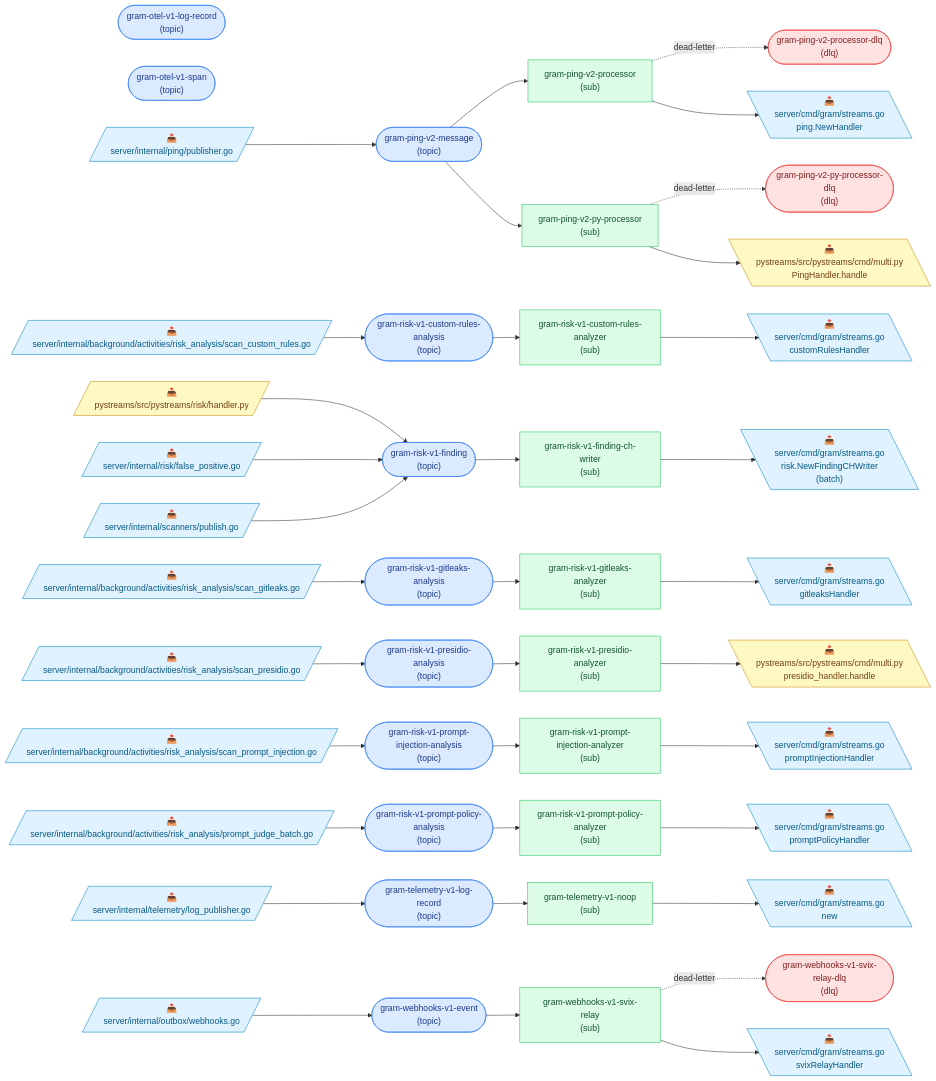
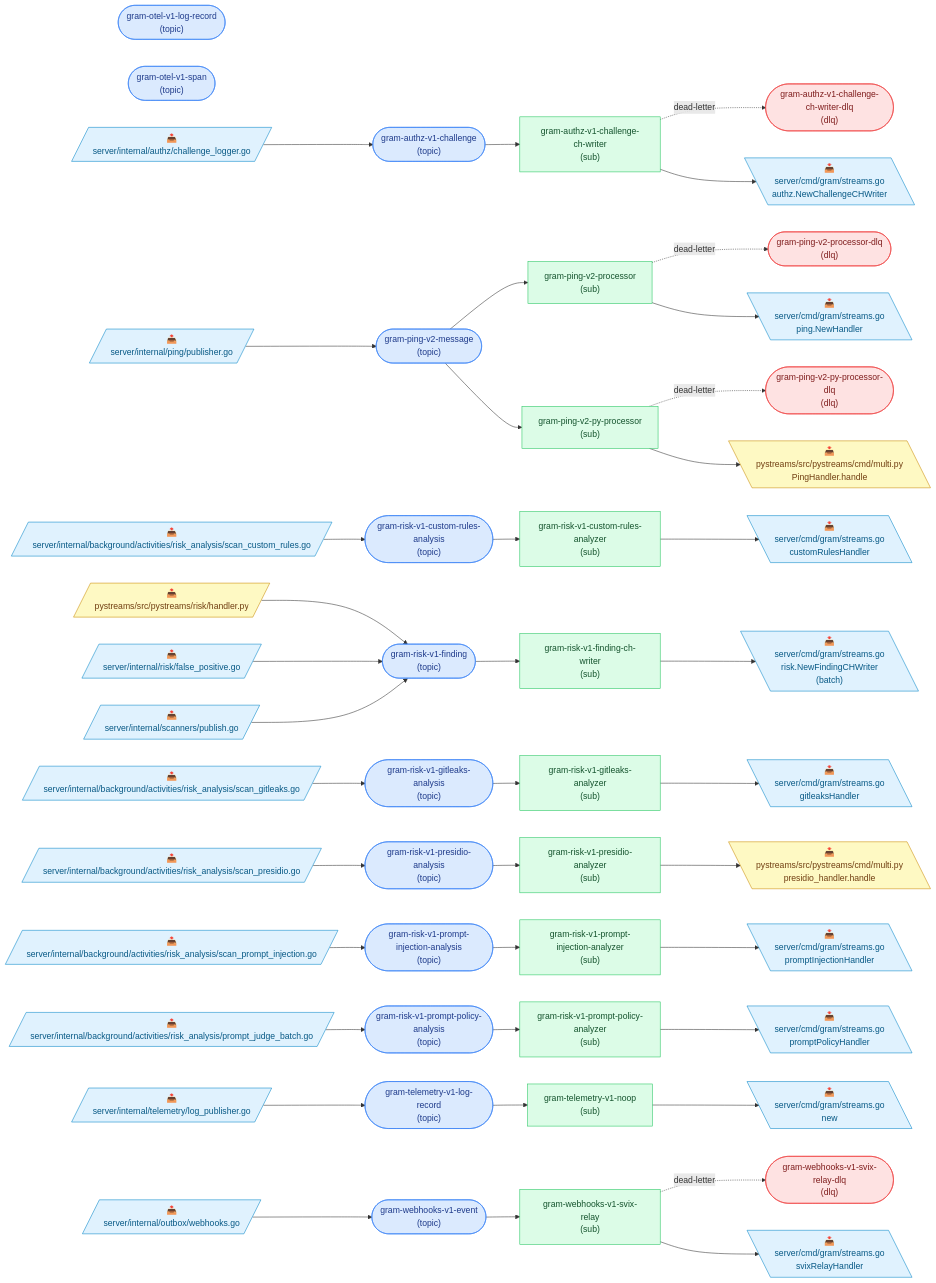
Before and after one commit to speakeasy-api/gram: the diagram in docs/pubsub-topology.md, drawn with Mermaid. The commit also changed other lines of this file and 86 other files, not shown here.

Commit message:
feat(authz): publish challenges through pubsub

````diff
--- a/docs/pubsub-topology.md
+++ b/docs/pubsub-topology.md
@@ -15,6 +15,8 @@
   classDef python fill:#fef9c3,stroke:#ca8a04,color:#713f12;
   classDef deprecated stroke-dasharray:4 3,opacity:0.55;
 
+  t_gram_authz_v1_challenge(["gram-authz-v1-challenge<br/>(topic)"]):::topic
+  t_gram_authz_v1_challenge_ch_writer_dlq(["gram-authz-v1-challenge-ch-writer-dlq<br/>(dlq)"]):::dlq
   t_gram_otel_v1_log_record(["gram-otel-v1-log-record<br/>(topic)"]):::topic
   t_gram_otel_v1_span(["gram-otel-v1-span<br/>(topic)"]):::topic
   t_gram_ping_v2_message(["gram-ping-v2-message<br/>(topic)"]):::topic
@@ -29,6 +31,7 @@
   t_gram_telemetry_v1_log_record(["gram-telemetry-v1-log-record<br/>(topic)"]):::topic
   t_gram_webhooks_v1_event(["gram-webhooks-v1-event<br/>(topic)"]):::topic
   t_gram_webhooks_v1_svix_relay_dlq(["gram-webhooks-v1-svix-relay-dlq<br/>(dlq)"]):::dlq
+  s_gram_authz_v1_challenge_ch_writer["gram-authz-v1-challenge-ch-writer<br/>(sub)"]:::sub
   s_gram_ping_v2_processor["gram-ping-v2-processor<br/>(sub)"]:::sub
   s_gram_ping_v2_py_processor["gram-ping-v2-py-processor<br/>(sub)"]:::sub
   s_gram_risk_v1_custom_rules_analyzer["gram-risk-v1-custom-rules-analyzer<br/>(sub)"]:::sub
@@ -40,28 +43,32 @@
   s_gram_telemetry_v1_noop["gram-telemetry-v1-noop<br/>(sub)"]:::sub
   s_gram_webhooks_v1_svix_relay["gram-webhooks-v1-svix-relay<br/>(sub)"]:::sub
 
-  p0[/"📤<br/>server/internal/ping/publisher.go"/]:::go
-  p0 --> t_gram_ping_v2_message
-  p1[/"📤<br/>server/internal/background/activities/risk_analysis/scan_custom_rules.go"/]:::go
-  p1 --> t_gram_risk_v1_custom_rules_analysis
-  p2[/"📤<br/>pystreams/src/pystreams/risk/handler.py"/]:::python
-  p2 --> t_gram_risk_v1_finding
-  p3[/"📤<br/>server/internal/risk/false_positive.go"/]:::go
+  p0[/"📤<br/>server/internal/authz/challenge_logger.go"/]:::go
+  p0 --> t_gram_authz_v1_challenge
+  p1[/"📤<br/>server/internal/ping/publisher.go"/]:::go
+  p1 --> t_gram_ping_v2_message
+  p2[/"📤<br/>server/internal/background/activities/risk_analysis/scan_custom_rules.go"/]:::go
+  p2 --> t_gram_risk_v1_custom_rules_analysis
+  p3[/"📤<br/>pystreams/src/pystreams/risk/handler.py"/]:::python
   p3 --> t_gram_risk_v1_finding
-  p4[/"📤<br/>server/internal/scanners/publish.go"/]:::go
+  p4[/"📤<br/>server/internal/risk/false_positive.go"/]:::go
   p4 --> t_gram_risk_v1_finding
-  p5[/"📤<br/>server/internal/background/activities/risk_analysis/scan_gitleaks.go"/]:::go
-  p5 --> t_gram_risk_v1_gitleaks_analysis
-  p6[/"📤<br/>server/internal/background/activities/risk_analysis/scan_presidio.go"/]:::go
-  p6 --> t_gram_risk_v1_presidio_analysis
-  p7[/"📤<br/>server/internal/background/activities/risk_analysis/scan_prompt_injection.go"/]:::go
-  p7 --> t_gram_risk_v1_prompt_injection_analysis
-  p8[/"📤<br/>server/internal/background/activities/risk_analysis/prompt_judge_batch.go"/]:::go
-  p8 --> t_gram_risk_v1_prompt_policy_analysis
-  p9[/"📤<br/>server/internal/telemetry/log_publisher.go"/]:::go
-  p9 --> t_gram_telemetry_v1_log_record
-  p10[/"📤<br/>server/internal/outbox/webhooks.go"/]:::go
-  p10 --> t_gram_webhooks_v1_event
+  p5[/"📤<br/>server/internal/scanners/publish.go"/]:::go
+  p5 --> t_gram_risk_v1_finding
+  p6[/"📤<br/>server/internal/background/activities/risk_analysis/scan_gitleaks.go"/]:::go
+  p6 --> t_gram_risk_v1_gitleaks_analysis
+  p7[/"📤<br/>server/internal/background/activities/risk_analysis/scan_presidio.go"/]:::go
+  p7 --> t_gram_risk_v1_presidio_analysis
+  p8[/"📤<br/>server/internal/background/activities/risk_analysis/scan_prompt_injection.go"/]:::go
+  p8 --> t_gram_risk_v1_prompt_injection_analysis
+  p9[/"📤<br/>server/internal/background/activities/risk_analysis/prompt_judge_batch.go"/]:::go
+  p9 --> t_gram_risk_v1_prompt_policy_analysis
+  p10[/"📤<br/>server/internal/telemetry/log_publisher.go"/]:::go
+  p10 --> t_gram_telemetry_v1_log_record
+  p11[/"📤<br/>server/internal/outbox/webhooks.go"/]:::go
+  p11 --> t_gram_webhooks_v1_event
+  t_gram_authz_v1_challenge --> s_gram_authz_v1_challenge_ch_writer
+  s_gram_authz_v1_challenge_ch_writer -. dead-letter .-> t_gram_authz_v1_challenge_ch_writer_dlq
   t_gram_ping_v2_message --> s_gram_ping_v2_processor
   s_gram_ping_v2_processor -. dead-letter .-> t_gram_ping_v2_processor_dlq
   t_gram_ping_v2_message --> s_gram_ping_v2_py_processor
@@ -75,24 +82,26 @@
   t_gram_telemetry_v1_log_record --> s_gram_telemetry_v1_noop
   t_gram_webhooks_v1_event --> s_gram_webhooks_v1_svix_relay
   s_gram_webhooks_v1_svix_relay -. dead-letter .-> t_gram_webhooks_v1_svix_relay_dlq
-  c11[\"📥<br/>server/cmd/gram/streams.go<br/>ping.NewHandler"\]:::go
-  s_gram_ping_v2_processor --> c11
-  c12[\"📥<br/>pystreams/src/pystreams/cmd/multi.py<br/>PingHandler.handle"\]:::python
-  s_gram_ping_v2_py_processor --> c12
-  c13[\"📥<br/>server/cmd/gram/streams.go<br/>customRulesHandler"\]:::go
-  s_gram_risk_v1_custom_rules_analyzer --> c13
-  c14[\"📥<br/>server/cmd/gram/streams.go<br/>risk.NewFindingCHWriter<br/>(batch)"\]:::go
-  s_gram_risk_v1_finding_ch_writer --> c14
-  c15[\"📥<br/>server/cmd/gram/streams.go<br/>gitleaksHandler"\]:::go
-  s_gram_risk_v1_gitleaks_analyzer --> c15
-  c16[\"📥<br/>pystreams/src/pystreams/cmd/multi.py<br/>presidio_handler.handle"\]:::python
-  s_gram_risk_v1_presidio_analyzer --> c16
-  c17[\"📥<br/>server/cmd/gram/streams.go<br/>promptInjectionHandler"\]:::go
-  s_gram_risk_v1_prompt_injection_analyzer --> c17
-  c18[\"📥<br/>server/cmd/gram/streams.go<br/>promptPolicyHandler"\]:::go
-  s_gram_risk_v1_prompt_policy_analyzer --> c18
-  c19[\"📥<br/>server/cmd/gram/streams.go<br/>new"\]:::go
-  s_gram_telemetry_v1_noop --> c19
-  c20[\"📥<br/>server/cmd/gram/streams.go<br/>svixRelayHandler"\]:::go
-  s_gram_webhooks_v1_svix_relay --> c20
+  c12[\"📥<br/>server/cmd/gram/streams.go<br/>authz.NewChallengeCHWriter"\]:::go
+  s_gram_authz_v1_challenge_ch_writer --> c12
+  c13[\"📥<br/>server/cmd/gram/streams.go<br/>ping.NewHandler"\]:::go
+  s_gram_ping_v2_processor --> c13
+  c14[\"📥<br/>pystreams/src/pystreams/cmd/multi.py<br/>PingHandler.handle"\]:::python
+  s_gram_ping_v2_py_processor --> c14
+  c15[\"📥<br/>server/cmd/gram/streams.go<br/>customRulesHandler"\]:::go
+  s_gram_risk_v1_custom_rules_analyzer --> c15
+  c16[\"📥<br/>server/cmd/gram/streams.go<br/>risk.NewFindingCHWriter<br/>(batch)"\]:::go
+  s_gram_risk_v1_finding_ch_writer --> c16
+  c17[\"📥<br/>server/cmd/gram/streams.go<br/>gitleaksHandler"\]:::go
+  s_gram_risk_v1_gitleaks_analyzer --> c17
+  c18[\"📥<br/>pystreams/src/pystreams/cmd/multi.py<br/>presidio_handler.handle"\]:::python
+  s_gram_risk_v1_presidio_analyzer --> c18
+  c19[\"📥<br/>server/cmd/gram/streams.go<br/>promptInjectionHandler"\]:::go
+  s_gram_risk_v1_prompt_injection_analyzer --> c19
+  c20[\"📥<br/>server/cmd/gram/streams.go<br/>promptPolicyHandler"\]:::go
+  s_gram_risk_v1_prompt_policy_analyzer --> c20
+  c21[\"📥<br/>server/cmd/gram/streams.go<br/>new"\]:::go
+  s_gram_telemetry_v1_noop --> c21
+  c22[\"📥<br/>server/cmd/gram/streams.go<br/>svixRelayHandler"\]:::go
+  s_gram_webhooks_v1_svix_relay --> c22
 ```
````
